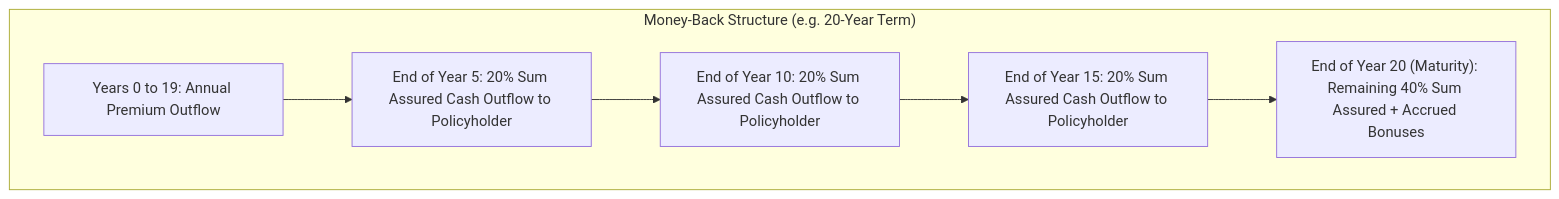
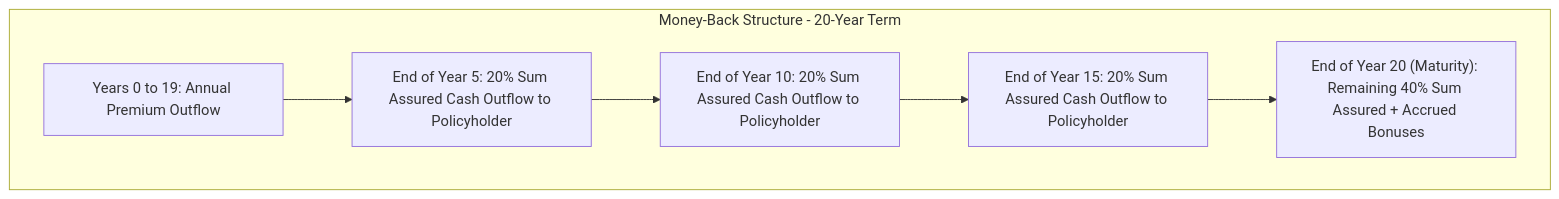
Before and after one commit to chirag127/cover-and-capital-india: the first of 3 diagrams in src/content/articles/money-back-plans-vs-endowment-survival-benefit-irr.mdx, drawn with Mermaid. The commit also changed other lines of this file and 4 other files, not shown here.

Commit message:
fix(mermaid): clean edge syntax and diagram tokens for robust client rendering

````diff
--- a/src/content/articles/money-back-plans-vs-endowment-survival-benefit-irr.mdx
+++ b/src/content/articles/money-back-plans-vs-endowment-survival-benefit-irr.mdx
@@ -71,11 +71,11 @@
 ```mermaid
 flowchart TD
-    subgraph MB["Money-Back Structure (e.g. 20-Year Term)"]
+    subgraph MB["Money-Back Structure - 20-Year Term"]
         Y0["Years 0 to 19: Annual Premium Outflow"]
         SB5["End of Year 5: 20% Sum Assured Cash Outflow to Policyholder"]
         SB10["End of Year 10: 20% Sum Assured Cash Outflow to Policyholder"]
         SB15["End of Year 15: 20% Sum Assured Cash Outflow to Policyholder"]
         Mat["End of Year 20 (Maturity): Remaining 40% Sum Assured + Accrued Bonuses"]
         Y0 --> SB5 --> SB10 --> SB15 --> Mat
     end
 ```
````
